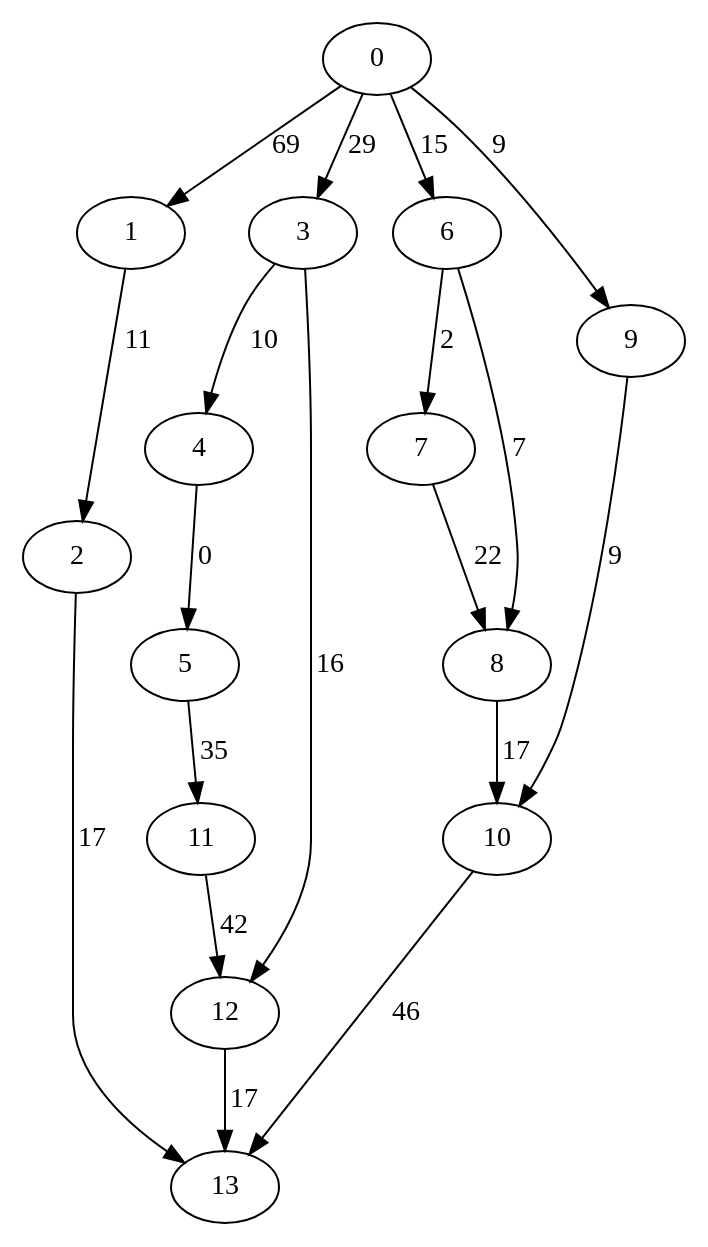
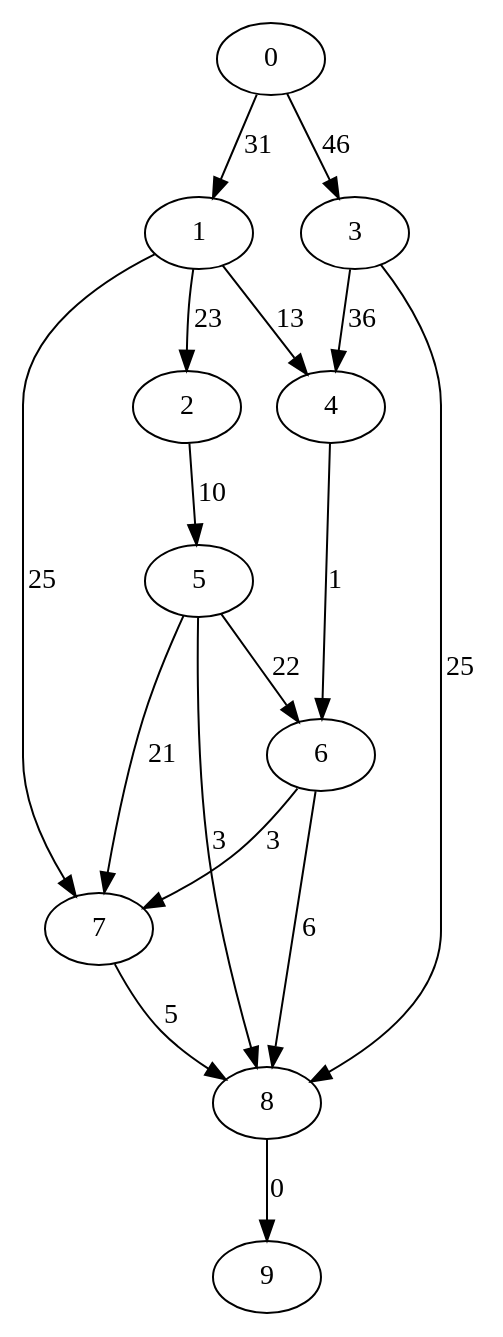
The diagram in dotfiles/data3.dot (asaloniti/DagScheduling_old), drawn with Graphviz before and after one commit. The commit also changed 43 other files, not shown here.

```diff
--- a/dotfiles/data3.dot
+++ b/dotfiles/data3.dot
@@ -1,20 +1,18 @@
 digraph data3 {
-0 -> 1 [ label = 69 ];
-0 -> 3 [ label = 29 ];
-0 -> 6 [ label = 15 ];
-0 -> 9 [ label = 9 ];
-1 -> 2 [ label = 11 ];
-2 -> 13 [ label = 17 ];
-3 -> 4 [ label = 10 ];
-3 -> 12 [ label = 16 ];
-4 -> 5 [ label = 0 ];
-5 -> 11 [ label = 35 ];
-6 -> 7 [ label = 2 ];
-6 -> 8 [ label = 7 ];
-7 -> 8 [ label = 22 ];
-8 -> 10 [ label = 17 ];
-9 -> 10 [ label = 9 ];
-10 -> 13 [ label = 46 ];
-11 -> 12 [ label = 42 ];
-12 -> 13 [ label = 17 ];
+0 -> 1 [ label = 31 ];
+0 -> 3 [ label = 46 ];
+1 -> 2 [ label = 23 ];
+1 -> 4 [ label = 13 ];
+1 -> 7 [ label = 25 ];
+2 -> 5 [ label = 10 ];
+3 -> 4 [ label = 36 ];
+3 -> 8 [ label = 25 ];
+4 -> 6 [ label = 1 ];
+5 -> 6 [ label = 22 ];
+5 -> 7 [ label = 21 ];
+5 -> 8 [ label = 3 ];
+6 -> 7 [ label = 3 ];
+6 -> 8 [ label = 6 ];
+7 -> 8 [ label = 5 ];
+8 -> 9 [ label = 0 ];
  }
```
